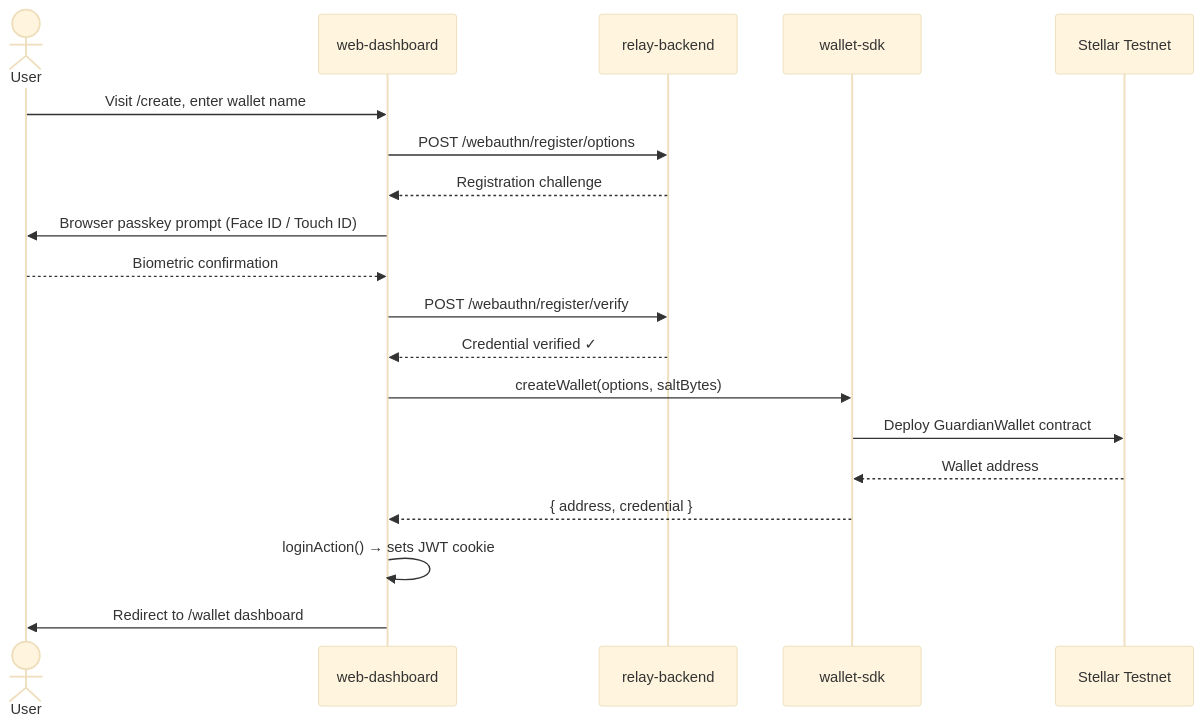
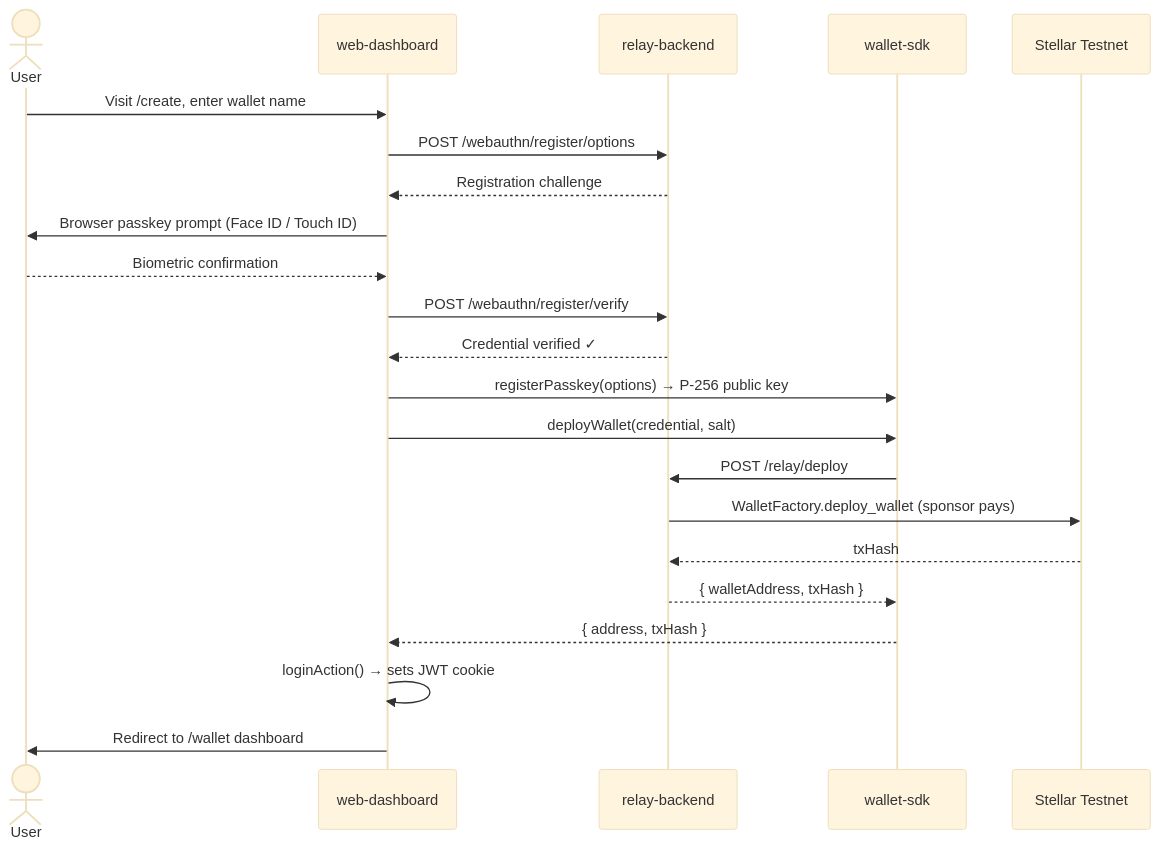
The first of 4 diagrams in README.md (Rayos-Org/web-dashboard), drawn with Mermaid (base theme) before and after one commit. The commit also changed other lines of this file and 2 other files, not shown here.

Commit message:
feat(docs): update README and architecture documentation to reflect Soroban RPC integration and wallet contract details

````diff
--- a/README.md
+++ b/README.md
@@ -165,22 +165,25 @@
 ```mermaid
 sequenceDiagram
     actor User
     participant UI as web-dashboard
     participant BE as relay-backend
     participant SDK as wallet-sdk
     participant Chain as Stellar Testnet
 
     User->>UI: Visit /create, enter wallet name
     UI->>BE: POST /webauthn/register/options
     BE-->>UI: Registration challenge
     UI->>User: Browser passkey prompt (Face ID / Touch ID)
     User-->>UI: Biometric confirmation
     UI->>BE: POST /webauthn/register/verify
     BE-->>UI: Credential verified ✓
-    UI->>SDK: createWallet(options, saltBytes)
-    SDK->>Chain: Deploy GuardianWallet contract
-    Chain-->>SDK: Wallet address
-    SDK-->>UI: { address, credential }
+    UI->>SDK: registerPasskey(options) → P-256 public key
+    UI->>SDK: deployWallet(credential, salt)
+    SDK->>BE: POST /relay/deploy
+    BE->>Chain: WalletFactory.deploy_wallet (sponsor pays)
+    Chain-->>BE: txHash
+    BE-->>SDK: { walletAddress, txHash }
+    SDK-->>UI: { address, txHash }
     UI->>UI: loginAction() → sets JWT cookie
     UI->>User: Redirect to /wallet dashboard
 ```
````
